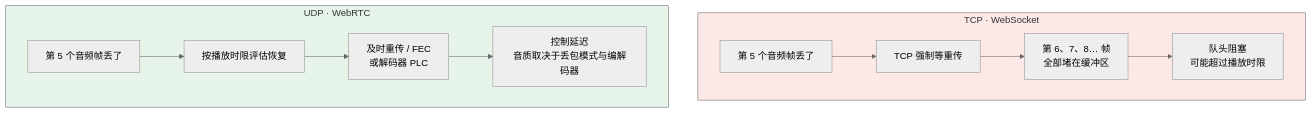
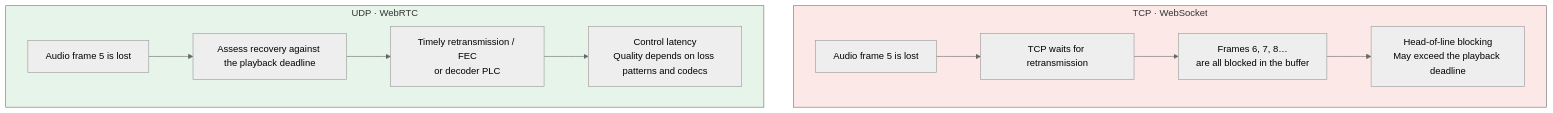
The second of 5 diagrams in docs/tools/05-transport-gateway/13-sse-websocket-webrtc.md (oneleaveknowsthefall/awesome-ai-roadmap), drawn with Mermaid (neutral theme) before and after one commit. The commit also changed other lines of this file and 42 other files, not shown here.

````diff
--- a/docs/tools/05-transport-gateway/13-sse-websocket-webrtc.md
+++ b/docs/tools/05-transport-gateway/13-sse-websocket-webrtc.md
@@ -160,17 +162,17 @@
 ```mermaid
 flowchart TB
     subgraph TCP_W["TCP · WebSocket"]
-        T1["第 5 个音频帧丢了"] --> T2["TCP 强制等重传"]
-        T2 --> T3["第 6、7、8… 帧<br/>全部堵在缓冲区"]
-        T3 --> T4["队头阻塞<br/>可能超过播放时限"]
+        T1["Audio frame 5 is lost"] --> T2["TCP waits for retransmission"]
+        T2 --> T3["Frames 6, 7, 8…<br/>are all blocked in the buffer"]
+        T3 --> T4["Head-of-line blocking<br/>May exceed the playback deadline"]
     end
 
     subgraph UDP_W["UDP · WebRTC"]
-        U1["第 5 个音频帧丢了"] --> U2["按播放时限评估恢复"]
-        U2 --> U3["及时重传 / FEC<br/>或解码器 PLC"]
-        U3 --> U4["控制延迟<br/>音质取决于丢包模式与编解码器"]
+        U1["Audio frame 5 is lost"] --> U2["Assess recovery against the playback deadline"]
+        U2 --> U3["Timely retransmission / FEC<br/>or decoder PLC"]
+        U3 --> U4["Control latency<br/>Quality depends on loss patterns and codecs"]
     end
 
     style TCP_W fill:#fce8e6
     style UDP_W fill:#e6f4ea
 ```
````
